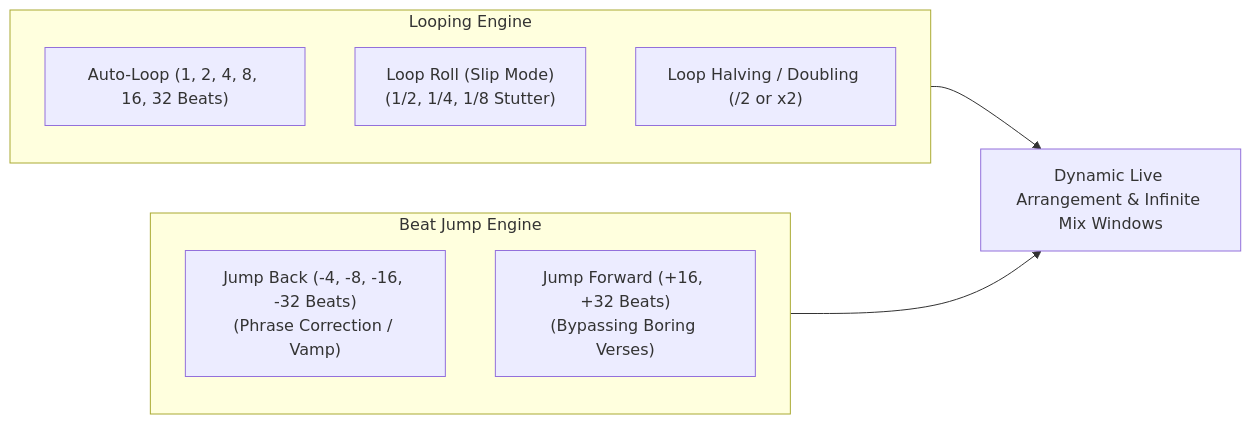
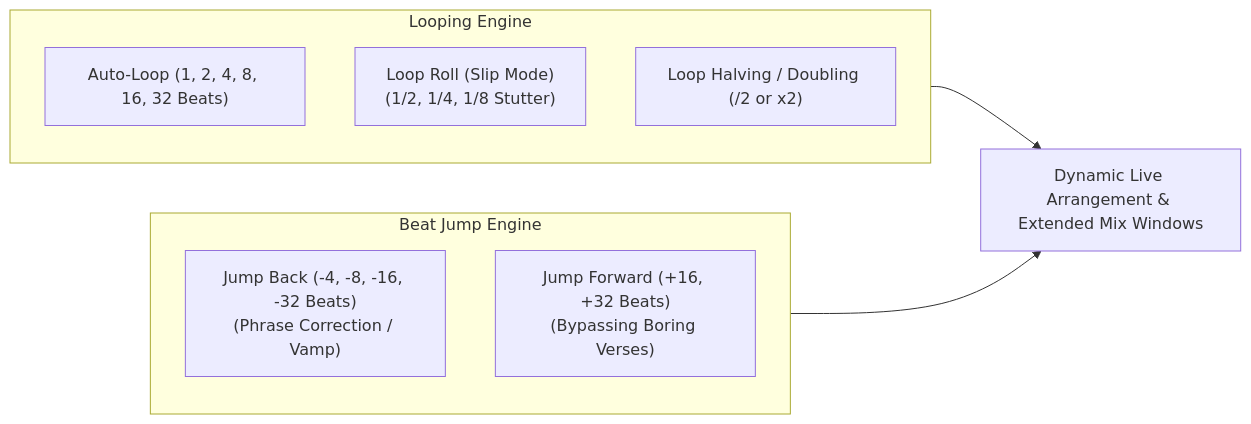
The diagram in DJ/04 - Core Techniques/Loops & Beat Jumps.md (sanchitd5/AI-DJ-Mixing-System), drawn with Mermaid before and after one commit. The commit also changed other lines of this file and 2 other files, not shown here.

````diff
--- a/DJ/04 - Core Techniques/Loops & Beat Jumps.md
+++ b/DJ/04 - Core Techniques/Loops & Beat Jumps.md
@@ -14,14 +14,14 @@
 ```mermaid
 graph LR
     subgraph Looping["Looping Engine"]
         AutoLoop["Auto-Loop (1, 2, 4, 8, 16, 32 Beats)"]
         LoopRoll["Loop Roll (Slip Mode)<br>(1/2, 1/4, 1/8 Stutter)"]
         HalfDouble["Loop Halving / Doubling (/2 or x2)"]
     end
     subgraph Jumping["Beat Jump Engine"]
         BJBack["Jump Back (-4, -8, -16, -32 Beats)<br>(Phrase Correction / Vamp)"]
         BJForward["Jump Forward (+16, +32 Beats)<br>(Bypassing Boring Verses)"]
     end
-    Looping --> LiveArrangement["Dynamic Live Arrangement & Infinite Mix Windows"]
+    Looping --> LiveArrangement["Dynamic Live Arrangement & Extended Mix Windows"]
     Jumping --> LiveArrangement
 ```
````
